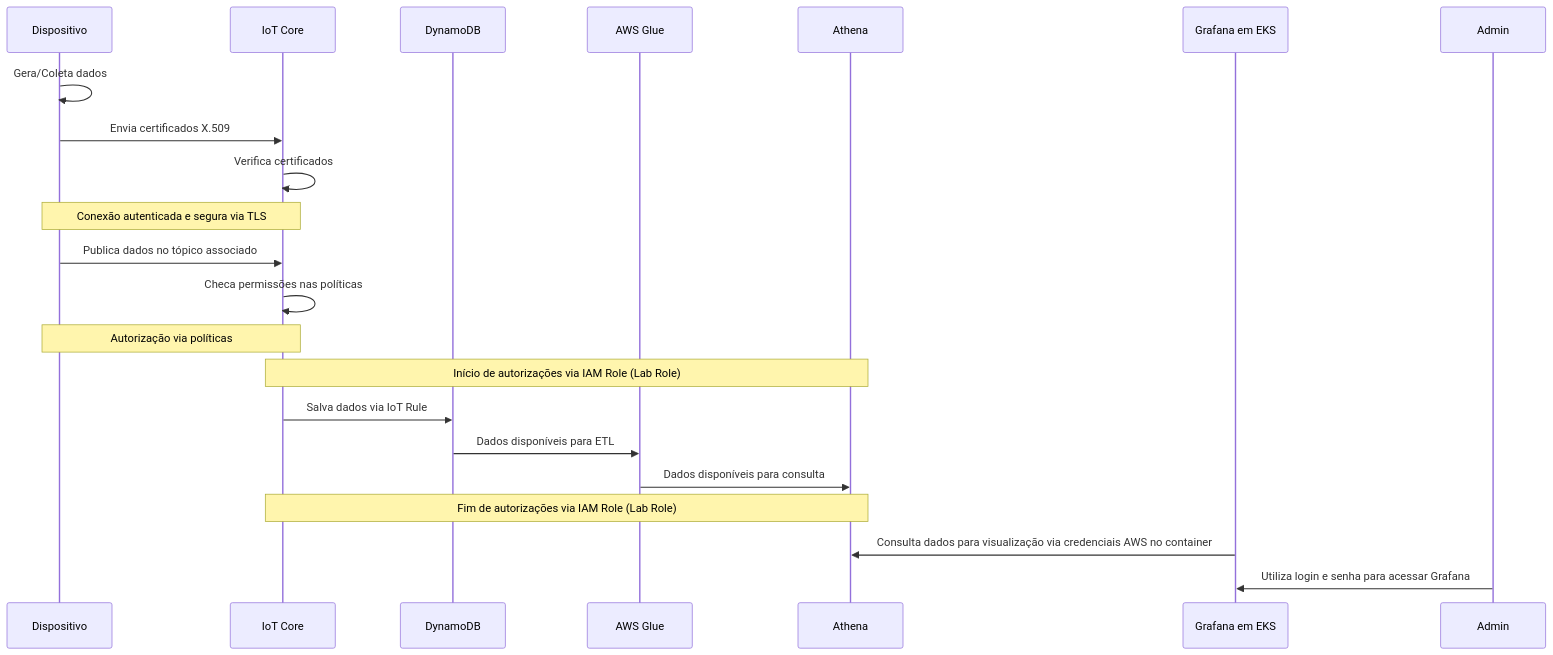
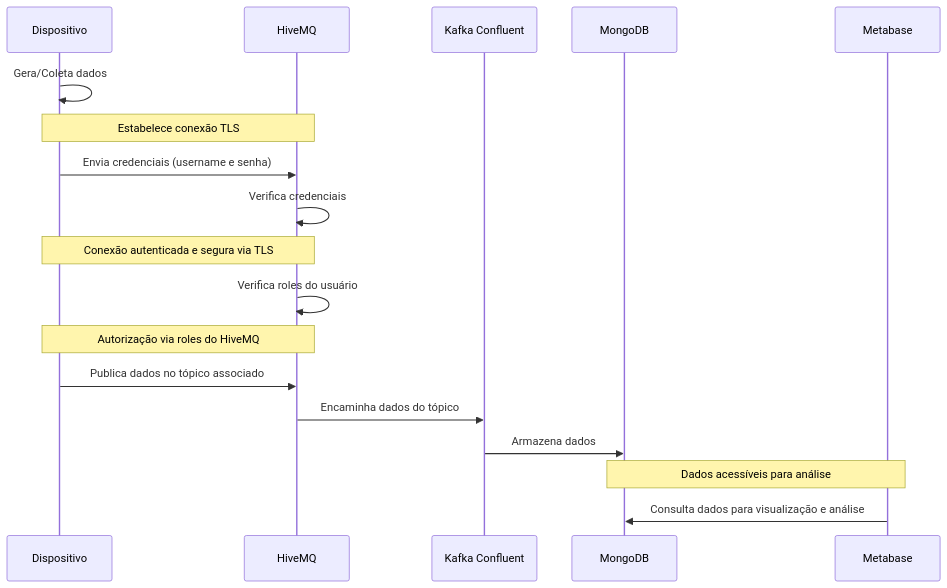
The diagram in docs/static/uml/security.mmd (Inteli-College/2024-T0002-EC09-G02), drawn with Mermaid before and after one commit. The commit also changed 29 other files, not shown here.

```diff
--- a/docs/static/uml/security.mmd
+++ b/docs/static/uml/security.mmd
@@ -1,23 +1,28 @@
 sequenceDiagram
     participant Device as Dispositivo
-    participant IotCore as IoT Core
-    participant DynamoDB as DynamoDB
-    participant ColaGlue as AWS Glue
-    participant Athena as Athena
-    participant Grafana as Grafana em EKS
-    participant Admin as Admin
+    participant hive as HiveMQ
+
 
 Device ->> Device: Gera/Coleta dados
-Device ->> IotCore: Envia certificados X.509
-IotCore ->> IotCore: Verifica certificados
-Note over Device, IotCore: Conexão autenticada e segura via TLS
-Device ->> IotCore: Publica dados no tópico associado
-IotCore ->> IotCore: Checa permissões nas políticas
-Note over Device, IotCore: Autorização via políticas
-Note over IotCore, Athena: Início de autorizações via IAM Role (Lab Role)
-IotCore ->> DynamoDB: Salva dados via IoT Rule
-DynamoDB ->> ColaGlue: Dados disponíveis para ETL
-ColaGlue ->> Athena: Dados disponíveis para consulta
-Note over IotCore, Athena: Fim de autorizações via IAM Role (Lab Role)
-Grafana ->> Athena: Consulta dados para visualização via credenciais AWS no container
-Admin ->> Grafana: Utiliza login e senha para acessar Grafana
+
+Note over Device, hive: Estabelece conexão TLS
+
+Device ->> hive: Envia credenciais (username e senha)
+
+hive ->> hive: Verifica credenciais
+
+Note over Device, hive: Conexão autenticada e segura via TLS
+
+hive ->> hive: Verifica roles do usuário
+
+Note over Device, hive: Autorização via roles do HiveMQ
+
+Device ->> hive: Publica dados no tópico associado
+
+hive ->> Kafka Confluent: Encaminha dados do tópico
+
+Kafka Confluent ->> MongoDB: Armazena dados
+
+Note over MongoDB, Metabase: Dados acessíveis para análise
+
+Metabase ->> MongoDB: Consulta dados para visualização e análise
```
